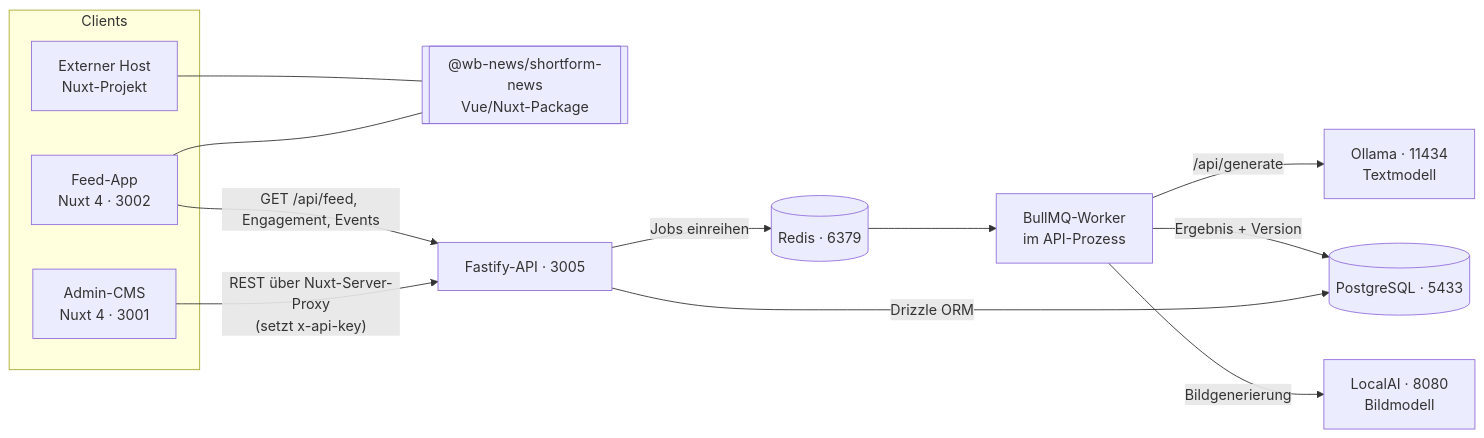
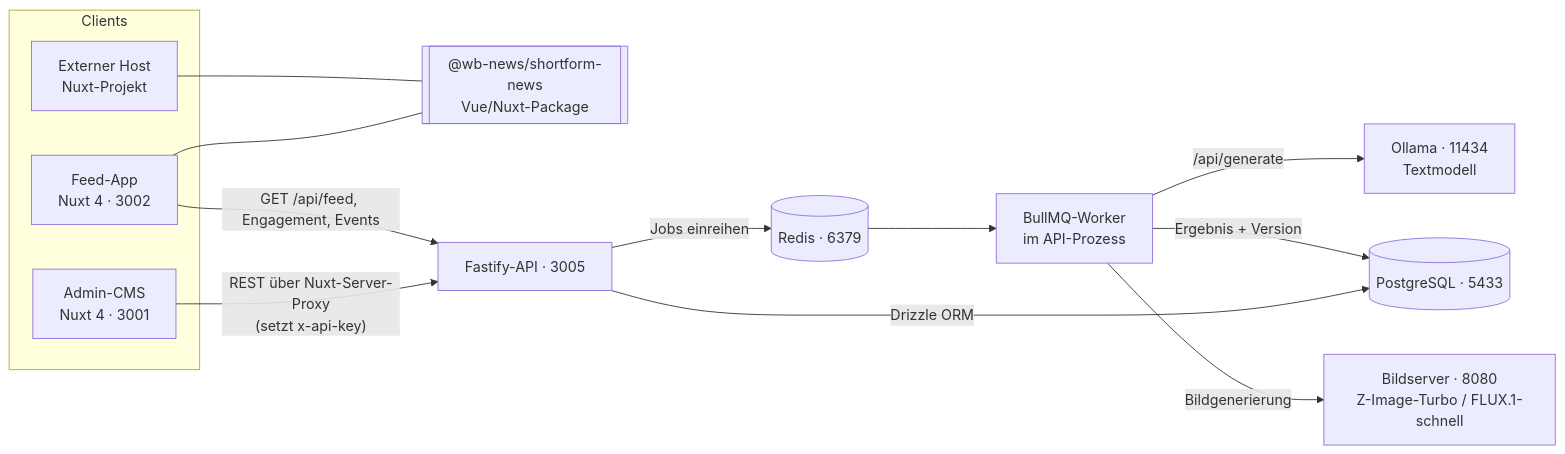
The first of 4 diagrams in docs/architektur.md (dwindischbauer/wb-newsfeed), drawn with Mermaid before and after one commit. The commit also changed other lines of this file and 4 other files, not shown here.

Commit message:
docs: rewrite readme and architecture

````diff
--- a/docs/architektur.md
+++ b/docs/architektur.md
@@ -11,26 +11,26 @@
 ```mermaid
 graph LR
     subgraph Clients
         A[Admin-CMS<br/>Nuxt 4 · 3001]
         F[Feed-App<br/>Nuxt 4 · 3002]
         H[Externer Host<br/>Nuxt-Projekt]
     end
     P[["@wb-news/shortform-news<br/>Vue/Nuxt-Package"]]
     API[Fastify-API · 3005]
     W[BullMQ-Worker<br/>im API-Prozess]
     DB[(PostgreSQL · 5433)]
     R[(Redis · 6379)]
     O[Ollama · 11434<br/>Textmodell]
-    L[LocalAI · 8080<br/>Bildmodell]
+    L[Bildserver · 8080<br/>Z-Image-Turbo / FLUX.1-schnell]
 
     A -- "REST über Nuxt-Server-Proxy<br/>(setzt x-api-key)" --> API
     F -- "GET /api/feed, Engagement, Events" --> API
     F --- P
     H --- P
     API -- Drizzle ORM --> DB
     API -- Jobs einreihen --> R
     R --> W
     W -- /api/generate --> O
     W -- Bildgenerierung --> L
     W -- Ergebnis + Version --> DB
 ```
````
